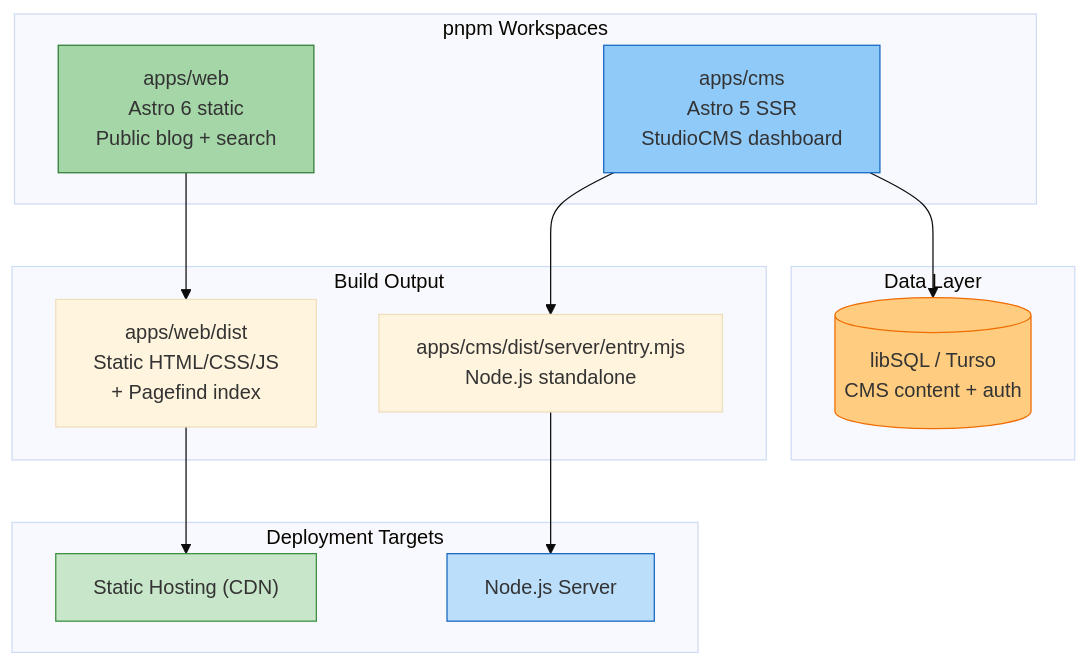
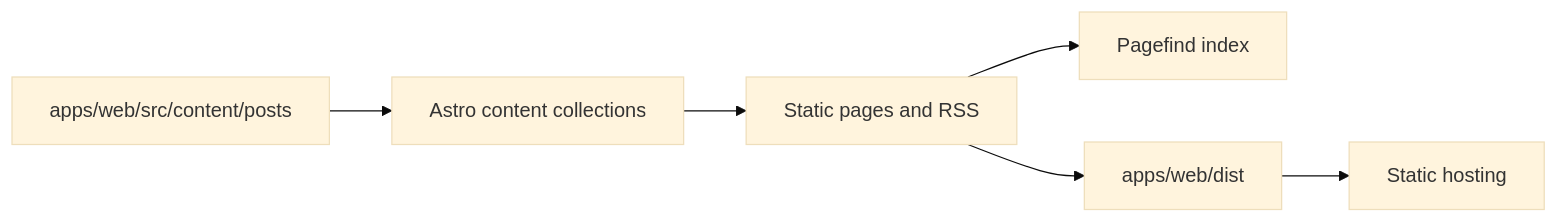
The diagram in README.md (dt418/studio-cms), drawn with Mermaid (base theme) before and after one commit. The commit also changed other lines of this file and 90 other files, not shown here.

````diff
--- a/README.md
+++ b/README.md
@@ -66,33 +28,8 @@
 ```mermaid
-graph TB
-    subgraph Apps["pnpm Workspaces"]
-        WEB["apps/web<br/>Astro 6 static<br/>Public blog + search"]
-        CMS["apps/cms<br/>Astro 5 SSR<br/>StudioCMS dashboard"]
-    end
-
-    subgraph Data["Data Layer"]
-        DB[("libSQL / Turso<br/>CMS content + auth")]
-    end
-
-    subgraph Build["Build Output"]
-        DIST["apps/web/dist<br/>Static HTML/CSS/JS<br/>+ Pagefind index"]
-        SERVER["apps/cms/dist/server/entry.mjs<br/>Node.js standalone"]
-    end
-
-    subgraph Deploy["Deployment Targets"]
-        CDN["Static Hosting (CDN)"]
-        NODE["Node.js Server"]
-    end
-
-    WEB --> DIST
-    CMS --> DB
-    CMS --> SERVER
-    DIST --> CDN
-    SERVER --> NODE
-
-    style WEB fill:#a5d6a7,stroke:#2e7d32
-    style CMS fill:#90caf9,stroke:#1565c0
-    style DB fill:#ffcc80,stroke:#ef6c00
-    style CDN fill:#c8e6c9,stroke:#388e3c
-    style NODE fill:#bbdefb,stroke:#1565c0
+graph LR
+  CONTENT["apps/web/src/content/posts"] --> COLLECTIONS["Astro content collections"]
+  COLLECTIONS --> PAGES["Static pages and RSS"]
+  PAGES --> PAGEFIND["Pagefind index"]
+  PAGES --> DIST["apps/web/dist"]
+  DIST --> CDN["Static hosting"]
 ```
````
